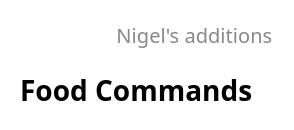
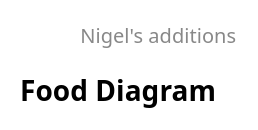
Before and after one commit to nus-cs2113-AY2122S1/tp: the diagram in docs/images/food/Style.puml, drawn with PlantUML. The commit also changed 2 other files, not shown here.

Commit message:
Update food class diagram

```diff
--- a/docs/images/food/Style.puml
+++ b/docs/images/food/Style.puml
@@ -1,8 +1,8 @@
 header Nigel's additions
-title Food Commands
+title Food Diagram
 
 skinparam classAttributeIconSize 0
 hide footbox
 
 hide circle
 skinparam classAttributeIconSize 0
```
